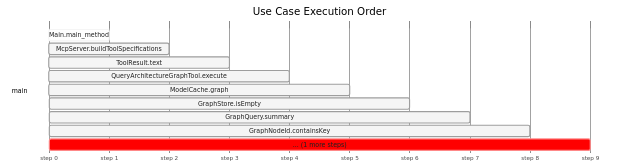
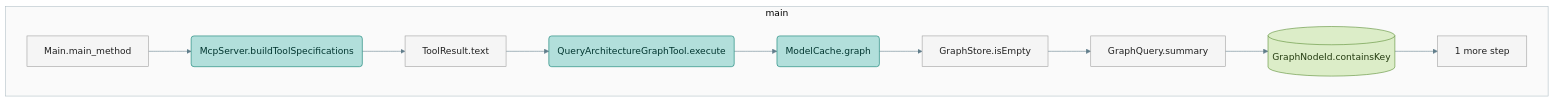
The second of 8 diagrams in docs/WORKFLOW_GRAPHS.md (DerPate/archlens), drawn with Mermaid before and after one commit. The commit also changed other lines of this file and 6 other files, not shown here.

````diff
--- a/docs/WORKFLOW_GRAPHS.md
+++ b/docs/WORKFLOW_GRAPHS.md
@@ -130,19 +130,35 @@
 ```mermaid
 %%{init: {"theme": "base", "themeVariables": {"primaryColor": "#f5f5f5", "primaryBorderColor": "#9e9e9e", "primaryTextColor": "#212121", "lineColor": "#607d8b", "clusterBkg": "#fafafa", "clusterBorder": "#b0bec5"}}}%%
-gantt
-    title Use Case Execution Order
-    dateFormat  X
-    axisFormat  step %s
-    tickInterval 1second
-
-    section main
-    Main.main_method                    :active, 0, 1
-    McpServer.buildToolSpecifications   :1, 2
-    ToolResult.text                     :2, 3
-    QueryArchitectureGraphTool.execute  :3, 4
-    ModelCache.graph                    :4, 5
-    GraphStore.isEmpty                  :5, 6
-    GraphQuery.summary                  :6, 7
-    GraphNodeId.containsKey             :7, 8
-    ... (1 more steps) :crit, 8, 9
+flowchart LR
+    subgraph uc0["main"]
+        direction LR
+        uc0s0["Main.main_method"]
+        uc0s1("McpServer.buildToolSpecifications")
+        uc0s0 --> uc0s1
+        uc0s2["ToolResult.text"]
+        uc0s1 --> uc0s2
+        uc0s3("QueryArchitectureGraphTool.execute")
+        uc0s2 --> uc0s3
+        uc0s4("ModelCache.graph")
+        uc0s3 --> uc0s4
+        uc0s5["GraphStore.isEmpty"]
+        uc0s4 --> uc0s5
+        uc0s6["GraphQuery.summary"]
+        uc0s5 --> uc0s6
+        uc0s7[("GraphNodeId.containsKey")]
+        uc0s6 --> uc0s7
+        uc0more["1 more step"]
+        uc0s7 --> uc0more
+    end
+    classDef service fill:#b2dfdb,stroke:#00796b,color:#00352f
+    classDef entity fill:#dcedc8,stroke:#558b2f,color:#243c10
+    classDef component fill:#f5f5f5,stroke:#9e9e9e,color:#212121
+    class uc0s0 component
+    class uc0s1 service
+    class uc0s2 component
+    class uc0s3 service
+    class uc0s4 service
+    class uc0s5 component
+    class uc0s6 component
+    class uc0s7 entity
 ```
````
